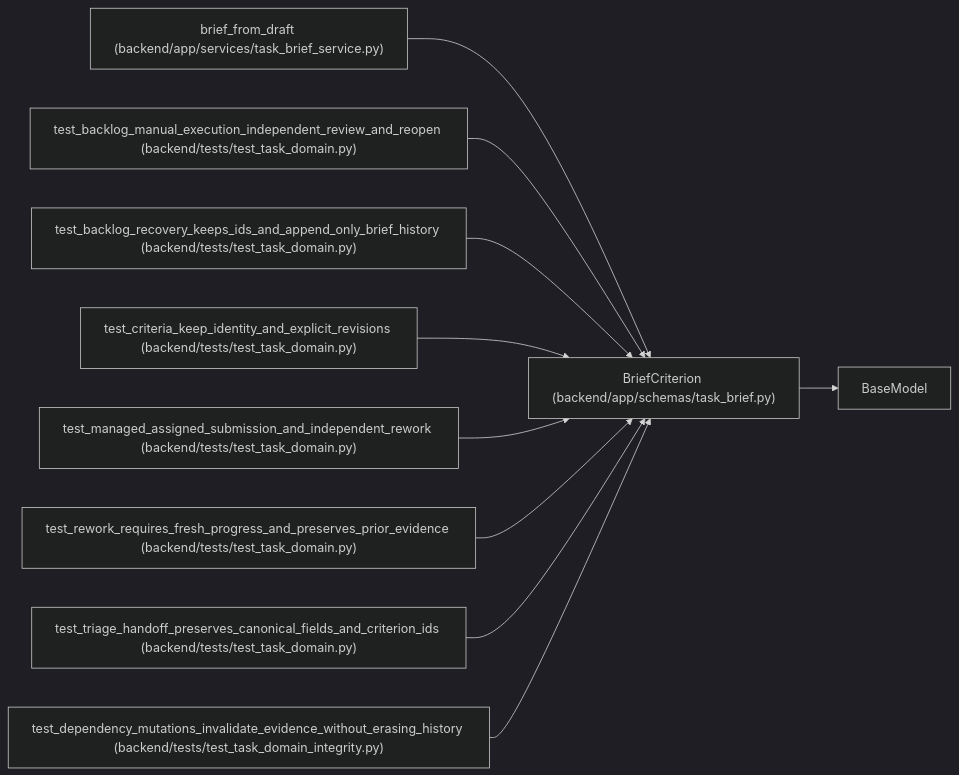
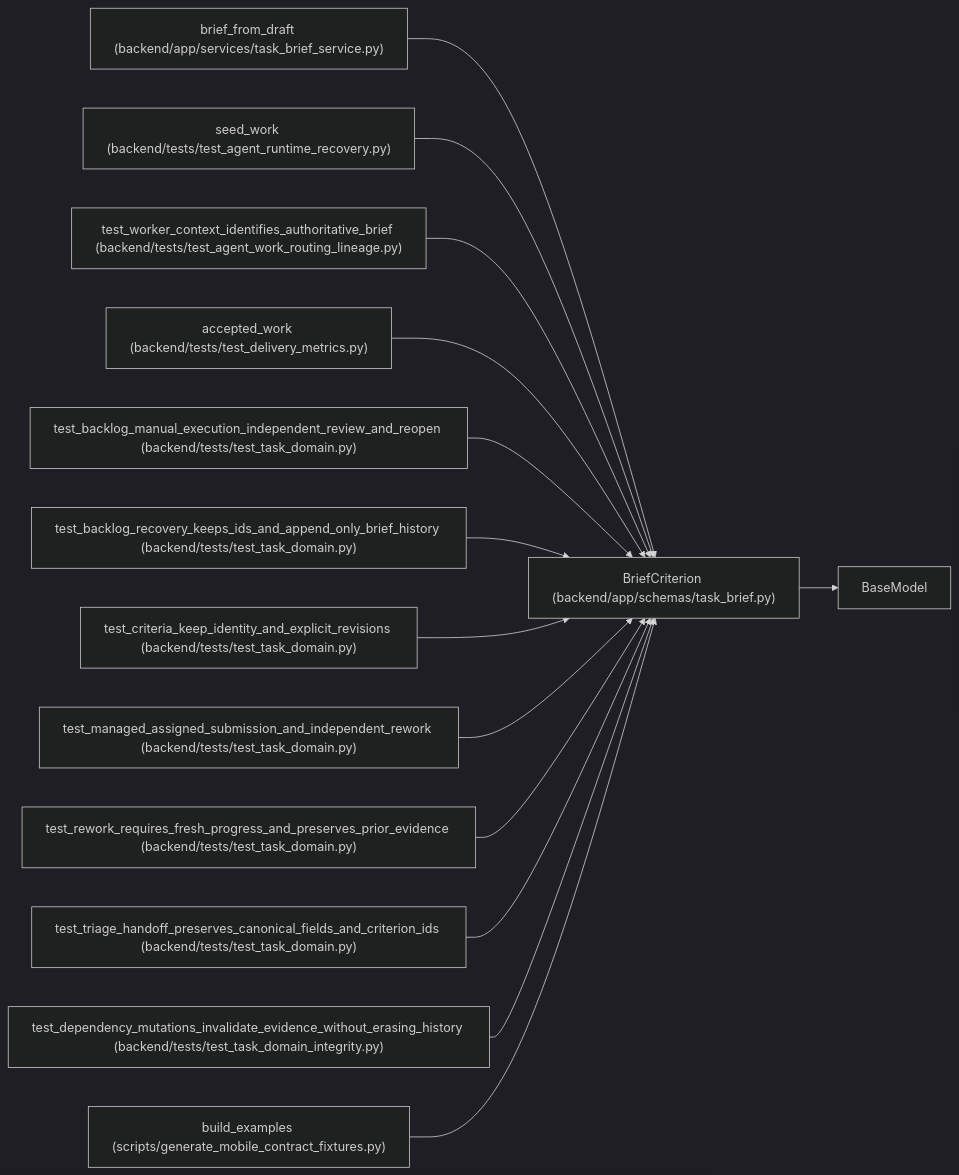
The diagram in docs/llm_wiki/entities/schemas_task_brief_BriefCriterion.md (Denissvgn/WorkChord), drawn with Mermaid (dark theme) before and after one commit. The commit also changed other lines of this file and 6624 other files, not shown here.

First line of the commit message:
Add verified Android workflows and external-agent execution evidence (#8)

````diff
--- a/docs/llm_wiki/entities/schemas_task_brief_BriefCriterion.md
+++ b/docs/llm_wiki/entities/schemas_task_brief_BriefCriterion.md
@@ -42,31 +42,43 @@
 ```mermaid
 flowchart LR
     n0["BriefCriterion (backend/app/schemas/task_brief.py)"]
     n1["BaseModel"]
     n2["brief_from_draft (backend/app/services/task_brief_service.py)"]
-    n3["test_backlog_manual_execution_independent_review_and_reopen (backend/tests/test_task_domain.py)"]
-    n4["test_backlog_recovery_keeps_ids_and_append_only_brief_history (backend/tests/test_task_domain.py)"]
-    n5["test_criteria_keep_identity_and_explicit_revisions (backend/tests/test_task_domain.py)"]
-    n6["test_managed_assigned_submission_and_independent_rework (backend/tests/test_task_domain.py)"]
-    n7["test_rework_requires_fresh_progress_and_preserves_prior_evidence (backend/tests/test_task_domain.py)"]
-    n8["test_triage_handoff_preserves_canonical_fields_and_criterion_ids (backend/tests/test_task_domain.py)"]
-    n9["test_dependency_mutations_invalidate_evidence_without_erasing_history (backend/tests/test_task_domain_integrity.py)"]
+    n3["seed_work (backend/tests/test_agent_runtime_recovery.py)"]
+    n4["test_worker_context_identifies_authoritative_brief (backend/tests/test_agent_work_routing_lineage.py)"]
+    n5["accepted_work (backend/tests/test_delivery_metrics.py)"]
+    n6["test_backlog_manual_execution_independent_review_and_reopen (backend/tests/test_task_domain.py)"]
+    n7["test_backlog_recovery_keeps_ids_and_append_only_brief_history (backend/tests/test_task_domain.py)"]
+    n8["test_criteria_keep_identity_and_explicit_revisions (backend/tests/test_task_domain.py)"]
+    n9["test_managed_assigned_submission_and_independent_rework (backend/tests/test_task_domain.py)"]
+    n10["test_rework_requires_fresh_progress_and_preserves_prior_evidence (backend/tests/test_task_domain.py)"]
+    n11["test_triage_handoff_preserves_canonical_fields_and_criterion_ids (backend/tests/test_task_domain.py)"]
+    n12["test_dependency_mutations_invalidate_evidence_without_erasing_history (backend/tests/test_task_domain_integrity.py)"]
+    n13["build_examples (scripts/generate_mobile_contract_fixtures.py)"]
     n0 --> n1
     n2 --> n0
     n3 --> n0
     n4 --> n0
     n5 --> n0
     n6 --> n0
     n7 --> n0
     n8 --> n0
     n9 --> n0
+    n10 --> n0
+    n11 --> n0
+    n12 --> n0
+    n13 --> n0
     click n0 "../modules/schemas_task_brief.md"
     click n2 "../modules/task_brief_service.md"
-    click n3 "../modules/test_task_domain.md"
-    click n4 "../modules/test_task_domain.md"
-    click n5 "../modules/test_task_domain.md"
+    click n3 "../modules/test_agent_runtime_recovery.md"
+    click n4 "../modules/test_agent_work_routing_lineage.md"
+    click n5 "../modules/test_delivery_metrics.md"
     click n6 "../modules/test_task_domain.md"
     click n7 "../modules/test_task_domain.md"
     click n8 "../modules/test_task_domain.md"
-    click n9 "../modules/test_task_domain_integrity.md"
+    click n9 "../modules/test_task_domain.md"
+    click n10 "../modules/test_task_domain.md"
+    click n11 "../modules/test_task_domain.md"
+    click n12 "../modules/test_task_domain_integrity.md"
+    click n13 "../modules/generate_mobile_contract_fixtures.md"
 ```
````
